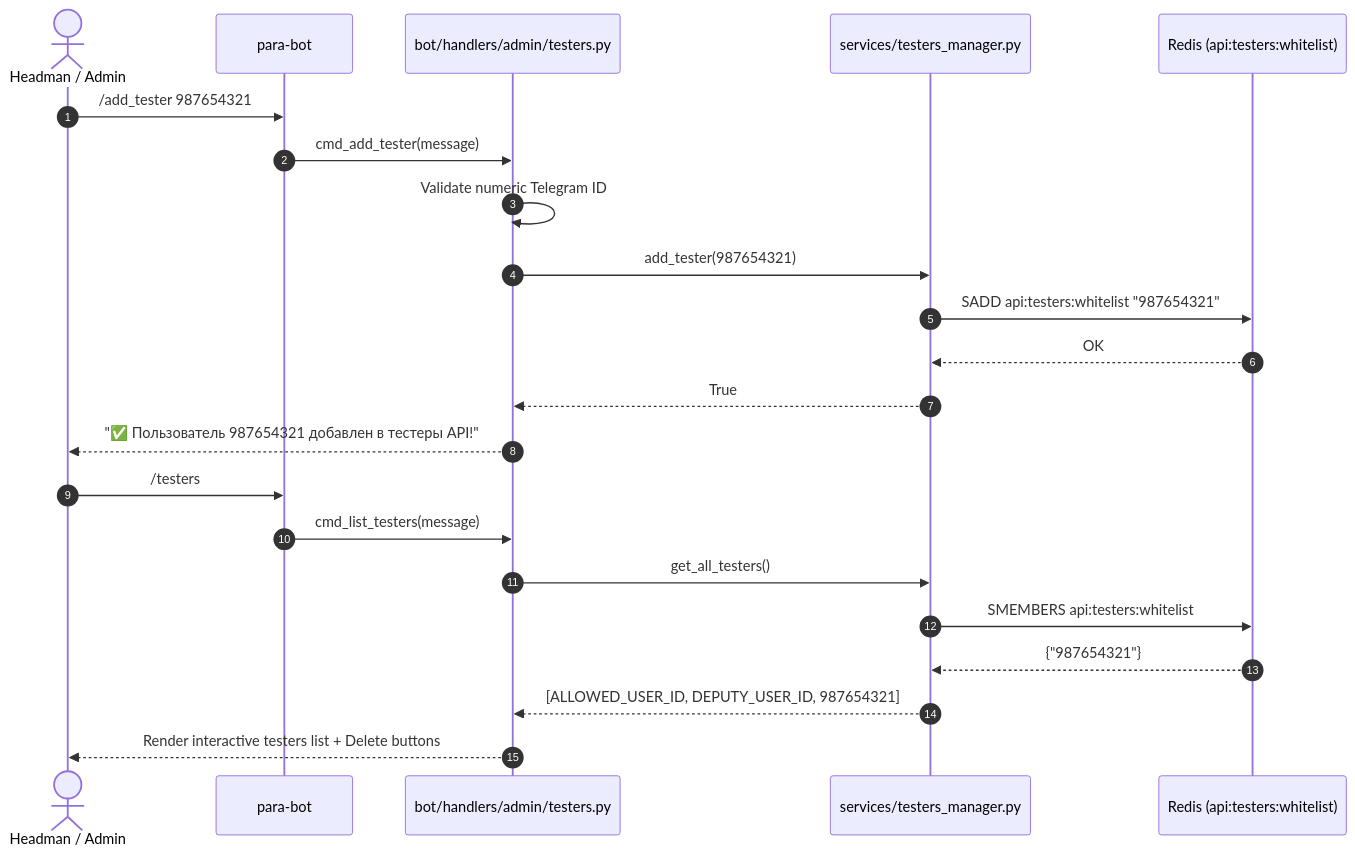
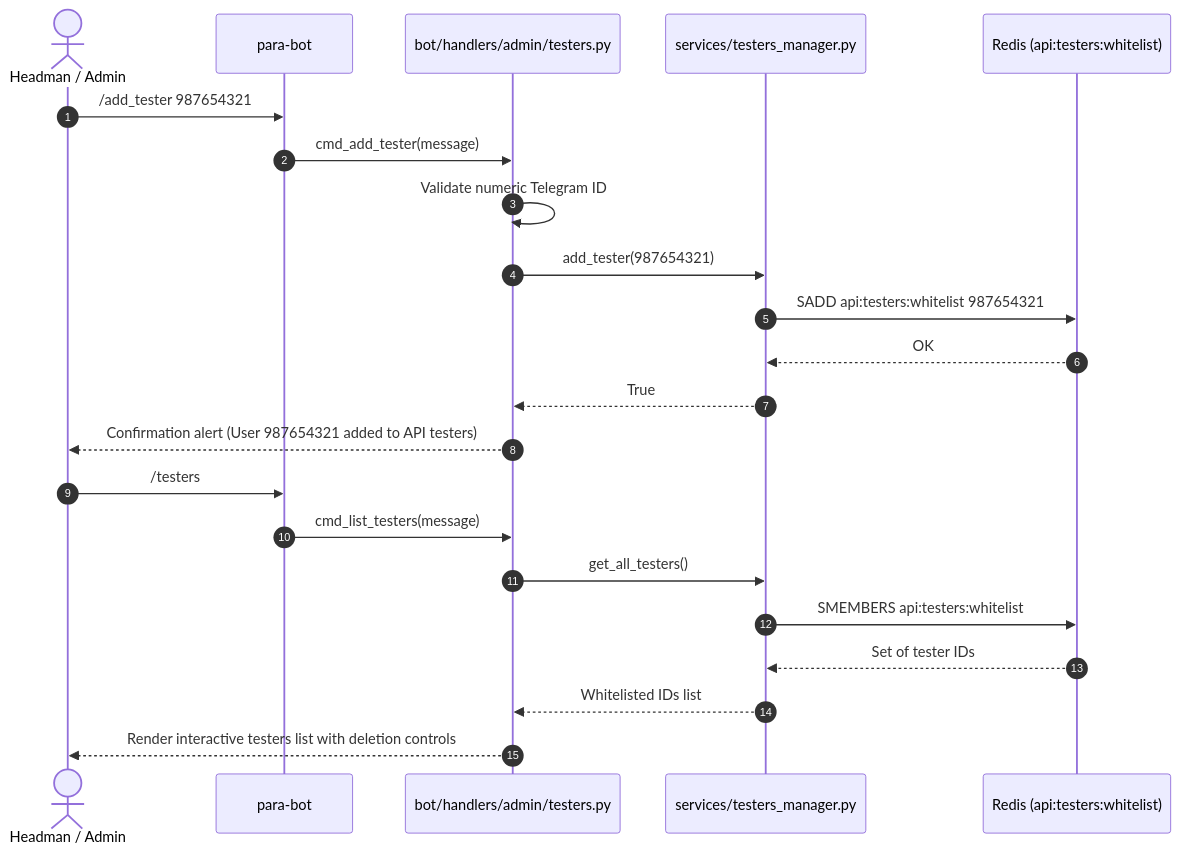
One commit to Utkautka1/para changed diagram 22 of 22 in docs/UML.md. Above: the diagram before and after it, drawn with Mermaid. The commit also changed other lines of this file and 4 other files, not shown here.

Commit message:
docs(uml,proto): исправить синтаксис Mermaid в 9.2, добавить подробные описания жизненных циклов и комментарии к Protobuf

````diff
--- a/docs/UML.md
+++ b/docs/UML.md
@@ -1533,26 +1557,26 @@
 ```mermaid
 sequenceDiagram
     autonumber
     actor Admin as Headman / Admin
     participant Bot as para-bot
     participant Handler as bot/handlers/admin/testers.py
     participant TestersMgr as services/testers_manager.py
     participant RedisStore as Redis (api:testers:whitelist)
 
     Admin->>Bot: /add_tester 987654321
     Bot->>Handler: cmd_add_tester(message)
     Handler->>Handler: Validate numeric Telegram ID
     Handler->>TestersMgr: add_tester(987654321)
-    TestersMgr->>RedisStore: SADD api:testers:whitelist "987654321"
+    TestersMgr->>RedisStore: SADD api:testers:whitelist 987654321
     RedisStore-->>TestersMgr: OK
     TestersMgr-->>Handler: True
-    Handler-->>Admin: "✅ Пользователь 987654321 добавлен в тестеры API!"
+    Handler-->>Admin: Confirmation alert (User 987654321 added to API testers)
     
     Admin->>Bot: /testers
     Bot->>Handler: cmd_list_testers(message)
     Handler->>TestersMgr: get_all_testers()
     TestersMgr->>RedisStore: SMEMBERS api:testers:whitelist
-    RedisStore-->>TestersMgr: {"987654321"}
-    TestersMgr-->>Handler: [ALLOWED_USER_ID, DEPUTY_USER_ID, 987654321]
-    Handler-->>Admin: Render interactive testers list + Delete buttons
+    RedisStore-->>TestersMgr: Set of tester IDs
+    TestersMgr-->>Handler: Whitelisted IDs list
+    Handler-->>Admin: Render interactive testers list with deletion controls
 ```
````
